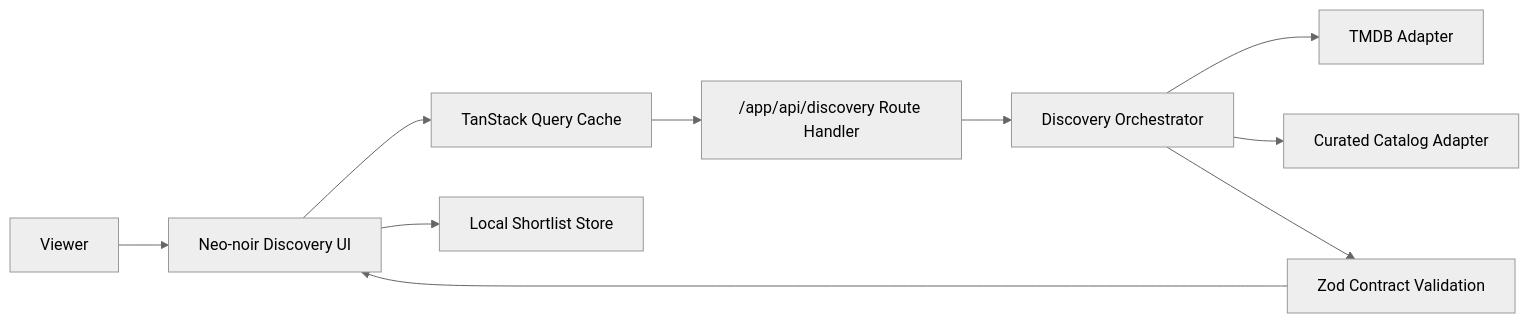
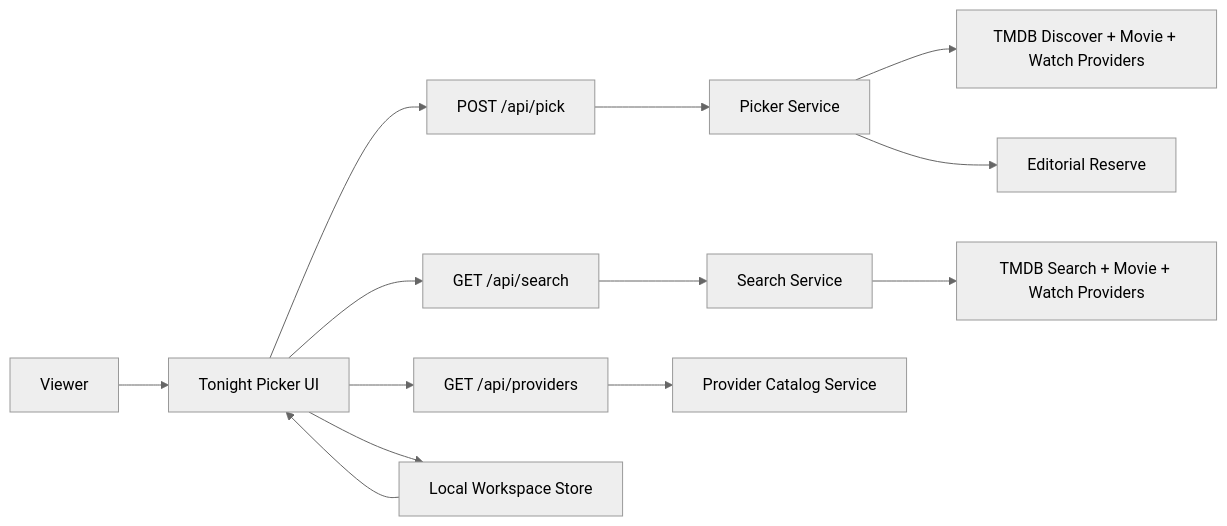
One commit to AibSyed/film-forage changed the diagram in README.md. Above: the diagram before and after it, drawn with Mermaid (neutral theme). The commit also changed other lines of this file and 75 other files, not shown here.

Commit message:
Rebuild Film Forage as a tonight picker (#32)

````diff
--- a/README.md
+++ b/README.md
@@ -18,12 +22,15 @@
 ```mermaid
 flowchart LR
-  U["Viewer"] --> UI["Neo-noir Discovery UI"]
-  UI --> Q["TanStack Query Cache"]
-  Q --> RH["/app/api/discovery Route Handler"]
-  RH --> ORCH["Discovery Orchestrator"]
-  ORCH --> TMDB["TMDB Adapter"]
-  ORCH --> CUR["Curated Catalog Adapter"]
-  ORCH --> Z["Zod Contract Validation"]
-  Z --> UI
-  UI --> LS["Local Shortlist Store"]
+  U["Viewer"] --> UI["Tonight Picker UI"]
+  UI --> RH1["POST /api/pick"]
+  UI --> RH2["GET /api/search"]
+  UI --> RH3["GET /api/providers"]
+  RH1 --> PICK["Picker Service"]
+  RH2 --> SEARCH["Search Service"]
+  RH3 --> PROV["Provider Catalog Service"]
+  PICK --> TMDB1["TMDB Discover + Movie + Watch Providers"]
+  SEARCH --> TMDB2["TMDB Search + Movie + Watch Providers"]
+  UI --> LS["Local Workspace Store"]
+  LS --> UI
+  PICK --> RES["Editorial Reserve"]
 ```
````
